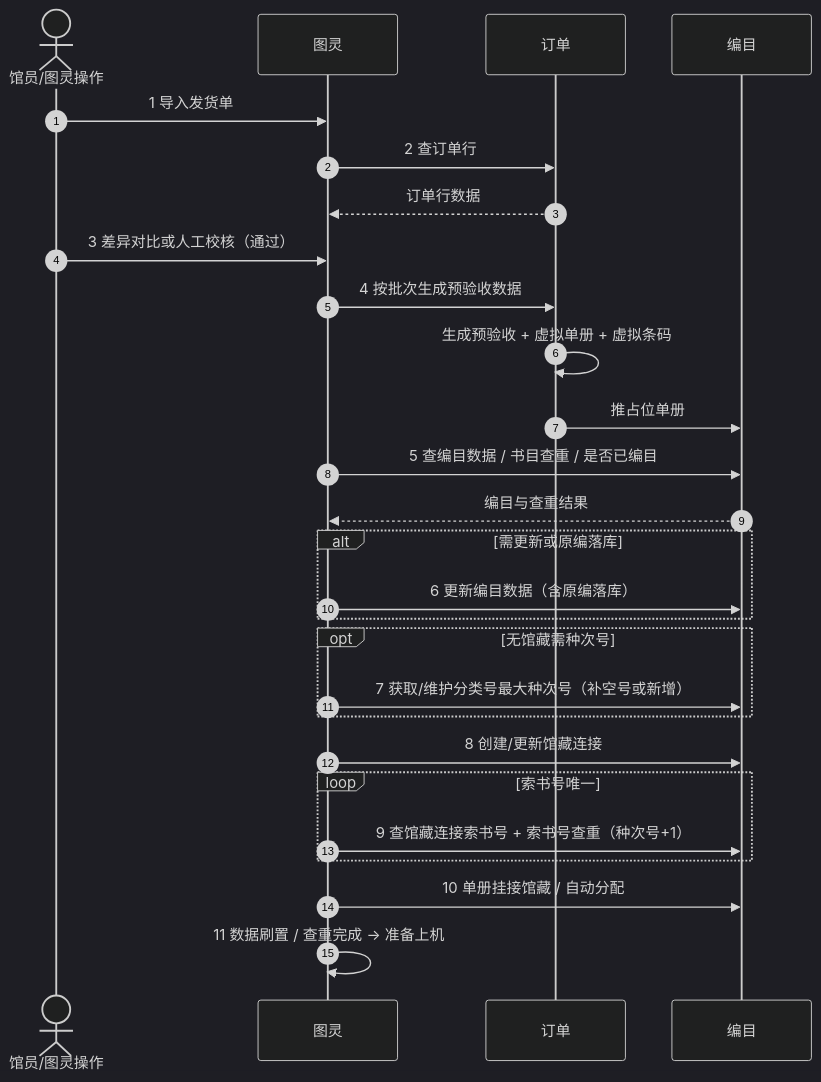
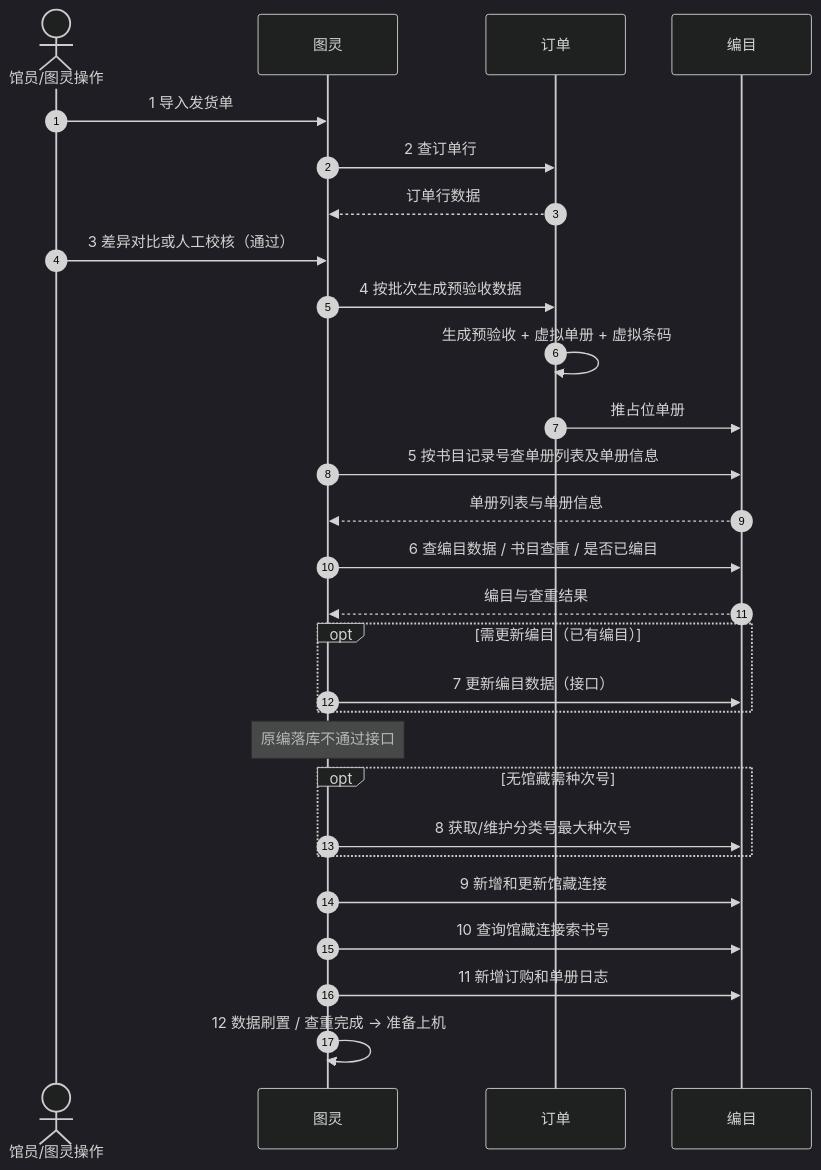
Before and after one commit to yxw7/orderM: the first of 2 diagrams in docs/superpowers/specs/2026-10-14-turing-order-catalog-acceptance-flow-design.md, drawn with Mermaid (dark theme). The commit also changed other lines of this file and 1 other file, not shown here.

````diff
--- a/docs/superpowers/specs/2026-10-14-turing-order-catalog-acceptance-flow-design.md
+++ b/docs/superpowers/specs/2026-10-14-turing-order-catalog-acceptance-flow-design.md
@@ -74,30 +76,31 @@
 ```mermaid
 sequenceDiagram
   autonumber
   actor Op as 馆员/图灵操作
   participant T as 图灵
   participant O as 订单
   participant C as 编目
 
   Op->>T: 1 导入发货单
   T->>O: 2 查订单行
   O-->>T: 订单行数据
   Op->>T: 3 差异对比或人工校核（通过）
   T->>O: 4 按批次生成预验收数据
   O->>O: 生成预验收 + 虚拟单册 + 虚拟条码
   O->>C: 推占位单册
-  T->>C: 5 查编目数据 / 书目查重 / 是否已编目
+  T->>C: 5 按书目记录号查单册列表及单册信息
+  C-->>T: 单册列表与单册信息
+  T->>C: 6 查编目数据 / 书目查重 / 是否已编目
   C-->>T: 编目与查重结果
-  alt 需更新或原编落库
-    T->>C: 6 更新编目数据（含原编落库）
+  opt 需更新编目（已有编目）
+    T->>C: 7 更新编目数据（接口）
   end
+  Note over T: 原编落库不通过接口
   opt 无馆藏需种次号
-    T->>C: 7 获取/维护分类号最大种次号（补空号或新增）
+    T->>C: 8 获取/维护分类号最大种次号
   end
-  T->>C: 8 创建/更新馆藏连接
-  loop 索书号唯一
-    T->>C: 9 查馆藏连接索书号 + 索书号查重（种次号+1）
-  end
-  T->>C: 10 单册挂接馆藏 / 自动分配
-  T->>T: 11 数据刷置 / 查重完成 → 准备上机
+  T->>C: 9 新增和更新馆藏连接
+  T->>C: 10 查询馆藏连接索书号
+  T->>C: 11 新增订购和单册日志
+  T->>T: 12 数据刷置 / 查重完成 → 准备上机
 ```
````
